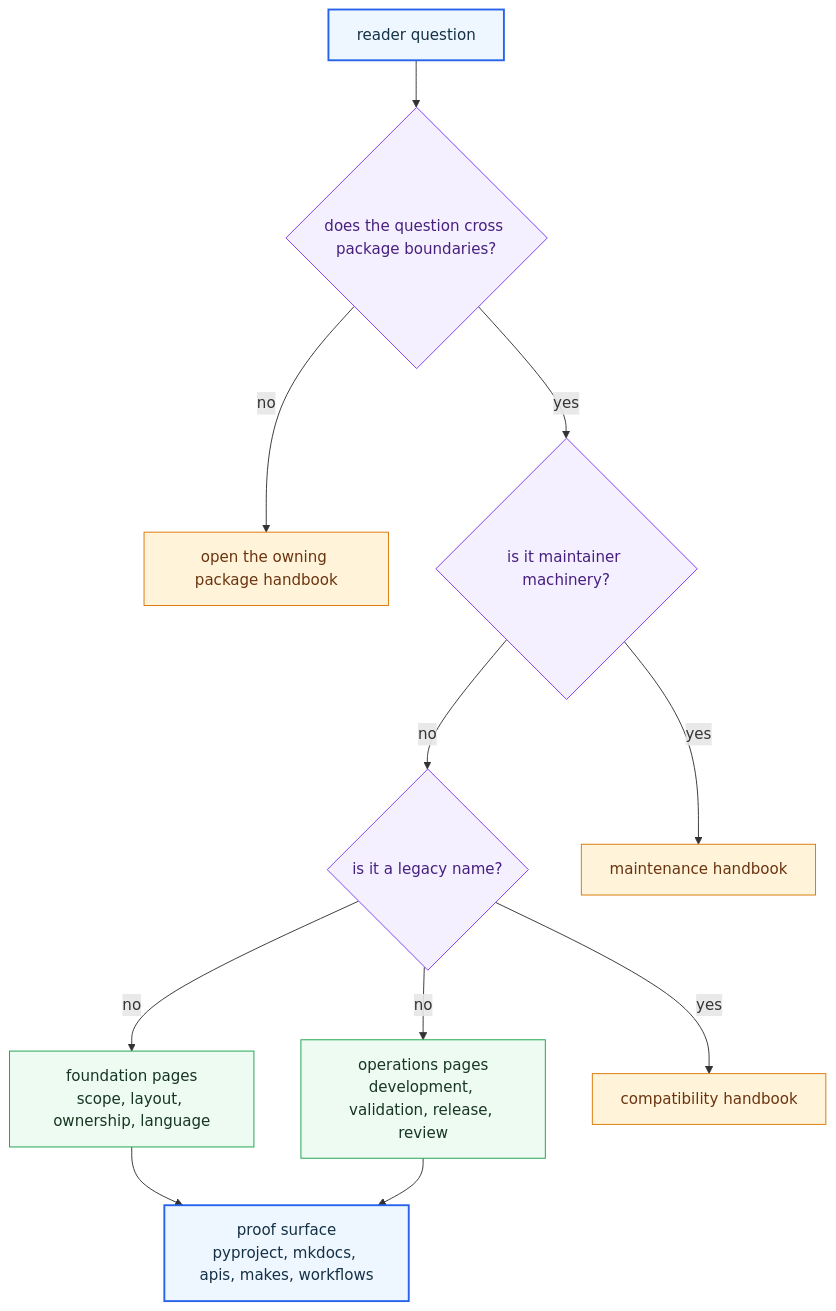
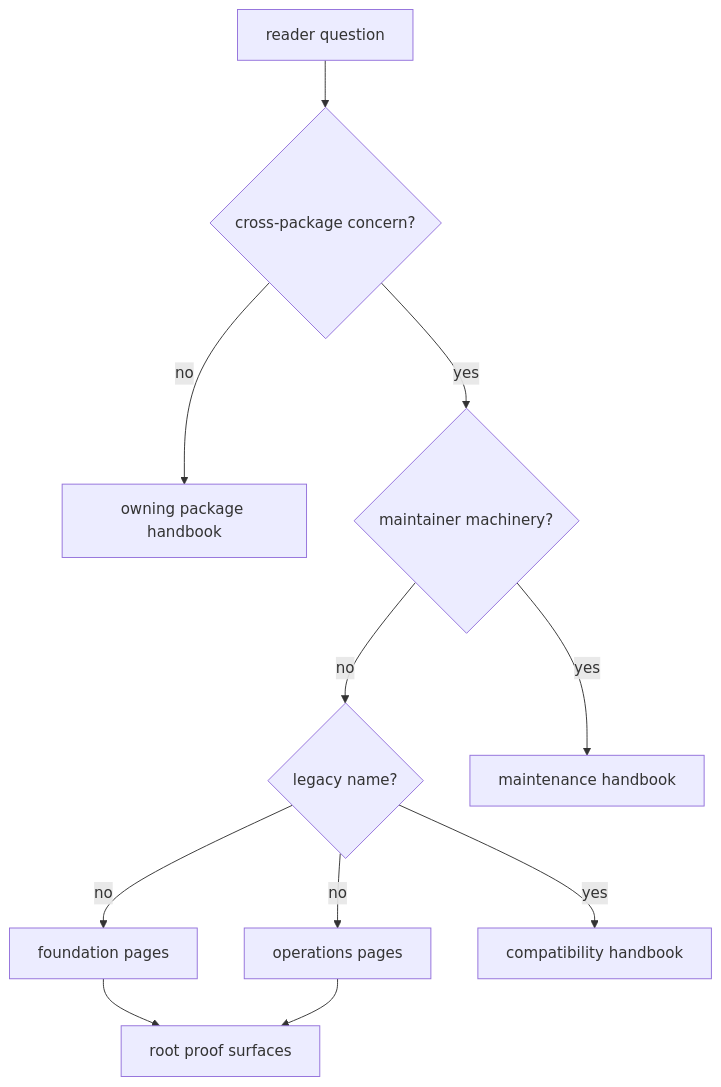
Before and after one commit to bijux/bijux-canon: the diagram in docs/01-bijux-canon/index.md, drawn with Mermaid. The commit also changed other lines of this file, not shown here.

Commit message:
docs(repository): simplify root authority map

````diff
--- a/docs/01-bijux-canon/index.md
+++ b/docs/01-bijux-canon/index.md
@@ -34,34 +34,24 @@
 ```mermaid
 flowchart TD
     question["reader question"]
-    root{"does the question cross package boundaries?"}
-    package["open the owning package handbook"]
-    foundation["foundation pages<br/>scope, layout, ownership, language"]
-    operations["operations pages<br/>development, validation, release, review"]
-    maintain{"is it maintainer machinery?"}
-    compat{"is it a legacy name?"}
+    root{"cross-package concern?"}
+    package["owning package handbook"]
+    maintain{"maintainer machinery?"}
+    compat{"legacy name?"}
+    foundation["foundation pages"]
+    operations["operations pages"]
     devdocs["maintenance handbook"]
     compatdocs["compatibility handbook"]
-    proof["proof surface<br/>pyproject, mkdocs, apis, makes, workflows"]
+    proof["root proof surfaces"]
 
     question --> root
     root -- no --> package
     root -- yes --> maintain
     maintain -- yes --> devdocs
     maintain -- no --> compat
     compat -- yes --> compatdocs
     compat -- no --> foundation
     compat -- no --> operations
     foundation --> proof
     operations --> proof
-
-    classDef page fill:#eef6ff,stroke:#2563eb,color:#153145,stroke-width:2px;
-    classDef positive fill:#eefbf3,stroke:#16a34a,color:#173622;
-    classDef caution fill:#fff1f2,stroke:#dc2626,color:#6b1d1d;
-    classDef anchor fill:#f4f0ff,stroke:#7c3aed,color:#47207f;
-    classDef action fill:#fff4da,stroke:#d97706,color:#6b3410;
-    class question,proof page;
-    class root,maintain,compat anchor;
-    class foundation,operations positive;
-    class package,devdocs,compatdocs action;
 ```
````
